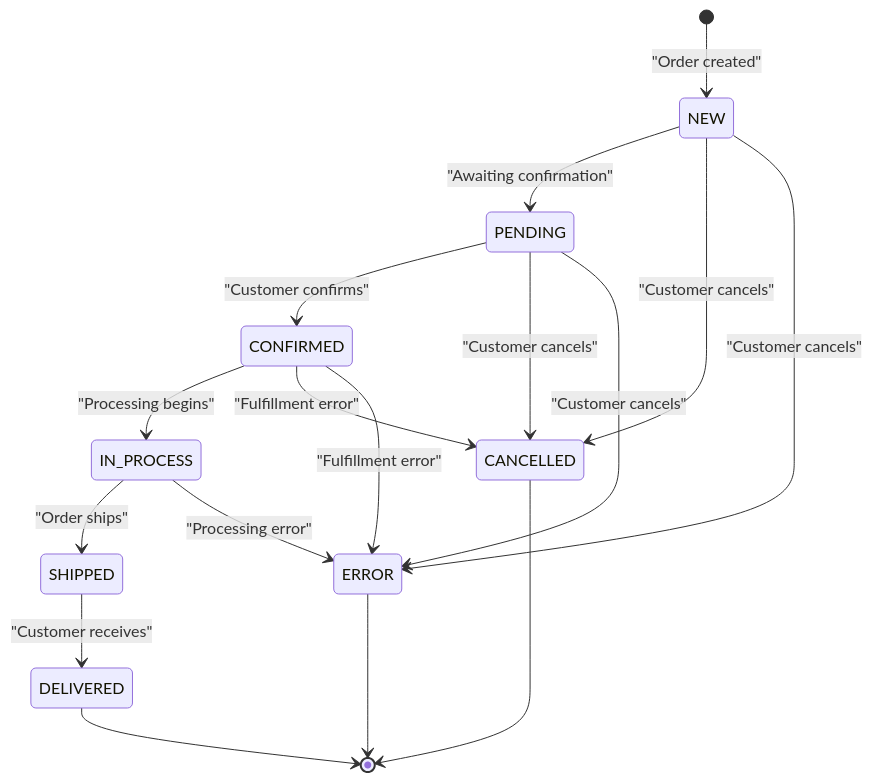
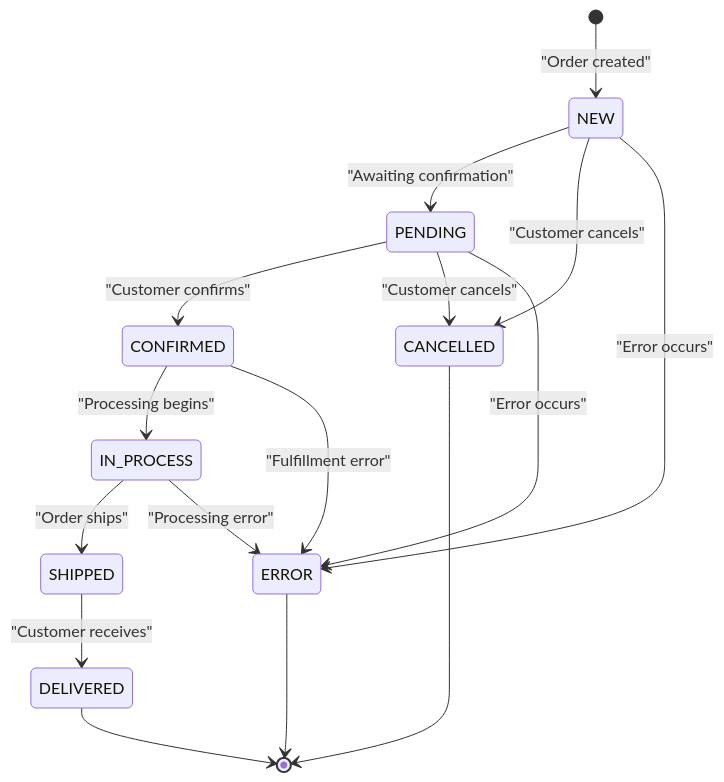
The second of 3 diagrams in docs/deepwiki/Domain-Models.md (philipz/spring-modulith-orders), drawn with Mermaid before and after one commit. The commit also changed other lines of this file, not shown here.

Commit message:
docs: align order lifecycle diagram with enforced transition rules (#57)

````diff
--- a/docs/deepwiki/Domain-Models.md
+++ b/docs/deepwiki/Domain-Models.md
@@ -186,19 +186,18 @@
 ```mermaid
 stateDiagram-v2
     [*] --> NEW : "Order created"
     NEW --> PENDING : "Awaiting confirmation"
     PENDING --> CONFIRMED : "Customer confirms"
     CONFIRMED --> IN_PROCESS : "Processing begins"
     IN_PROCESS --> SHIPPED : "Order ships"
     SHIPPED --> DELIVERED : "Customer receives"
     NEW --> CANCELLED : "Customer cancels"
     PENDING --> CANCELLED : "Customer cancels"
-    CONFIRMED --> CANCELLED : "Fulfillment error"
-    NEW --> ERROR : "Customer cancels"
-    PENDING --> ERROR : "Customer cancels"
+    NEW --> ERROR : "Error occurs"
+    PENDING --> ERROR : "Error occurs"
     CONFIRMED --> ERROR : "Fulfillment error"
     IN_PROCESS --> ERROR : "Processing error"
     DELIVERED --> [*]
     CANCELLED --> [*]
     ERROR --> [*]
 ```
````
